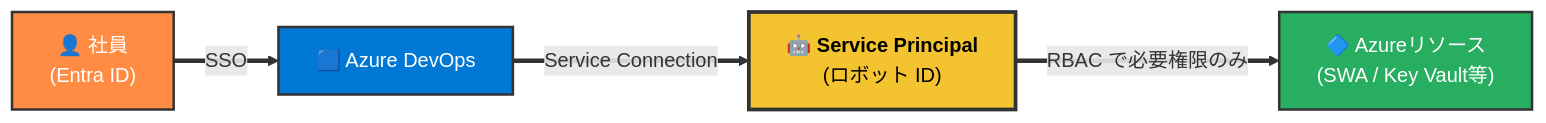
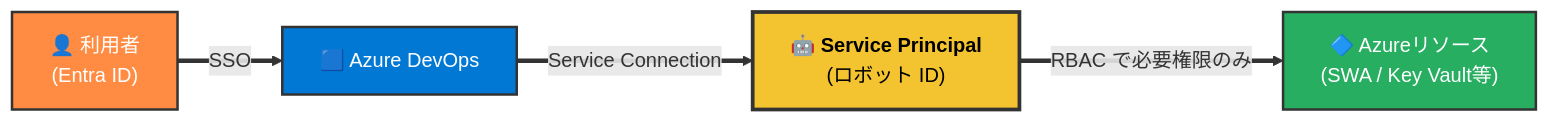
Diagram 23 of 35 in azure/azure.md (kasuyaofcb/tech_docs), drawn with Mermaid before and after one commit. The commit also changed other lines of this file and 1 other file, not shown here.

First line of the commit message:
docs(azure): 主観表現・スラングを除き、中立的な記述に統一

````diff
--- a/azure/azure.md
+++ b/azure/azure.md
@@ -673,11 +673,11 @@
 ```mermaid
 flowchart LR
-    DEV["👤 社員<br/>(Entra ID)"] ==>|"SSO"| ADO["🟦 Azure DevOps"]
+    DEV["👤 利用者<br/>(Entra ID)"] ==>|"SSO"| ADO["🟦 Azure DevOps"]
     ADO ==>|"Service Connection"| SP["🤖 <b>Service Principal</b><br/>(ロボット ID)"]
     SP ==>|"RBAC で必要権限のみ"| AR["🔷 Azureリソース<br/>(SWA / Key Vault等)"]
 
     style DEV fill:#FF8C42,color:#FFFFFF,stroke:#333,stroke-width:2px
     style ADO fill:#0078D4,color:#FFFFFF,stroke:#333,stroke-width:2px
     style SP fill:#F4C430,color:#000,stroke:#333,stroke-width:3px
     style AR fill:#27AE60,color:#FFFFFF,stroke:#333,stroke-width:2px
 ```
````
